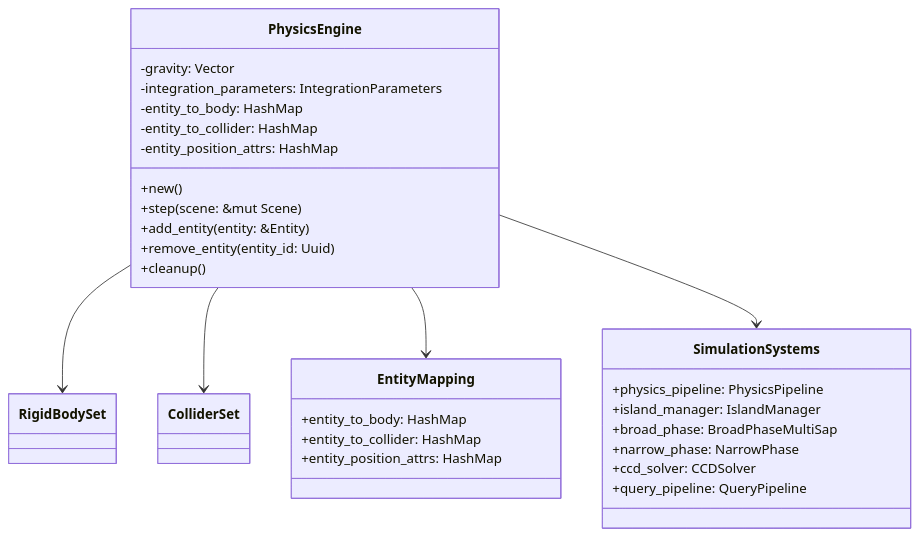
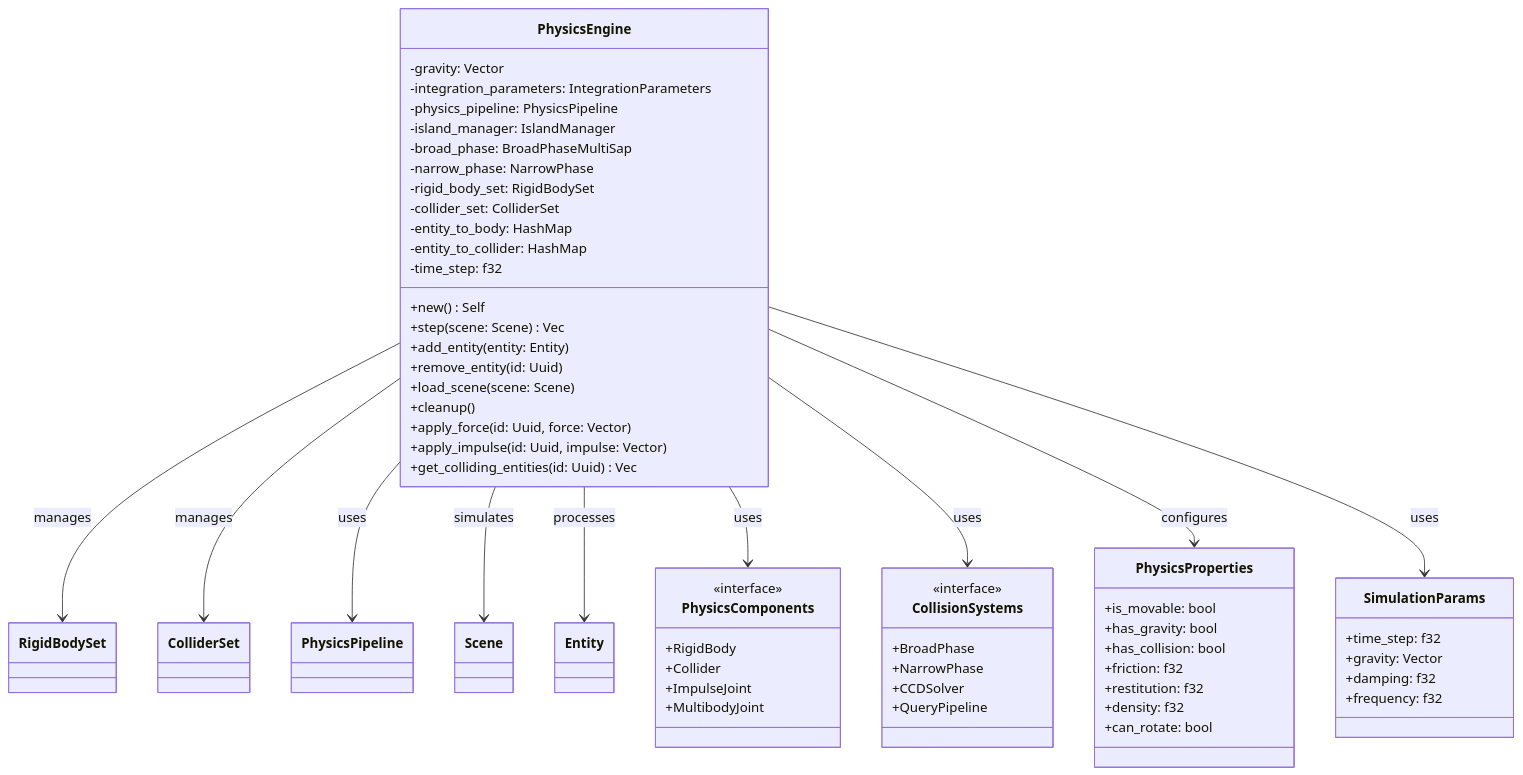
One commit to gh0stintheshe11/Rust-2D-Game-Engine changed the third of 10 diagrams in README.md. Above: the diagram before and after it, drawn with Mermaid. The commit also changed other lines of this file, not shown here.

````diff
--- a/README.md
+++ b/README.md
@@ -244,35 +338,70 @@
 ```mermaid
 classDiagram
-    PhysicsEngine --> RigidBodySet
-    PhysicsEngine --> ColliderSet
-    PhysicsEngine --> EntityMapping
-    PhysicsEngine --> SimulationSystems
+    PhysicsEngine --> RigidBodySet : manages
+    PhysicsEngine --> ColliderSet : manages
+    PhysicsEngine --> PhysicsPipeline : uses
+    PhysicsEngine --> Scene : simulates
+    PhysicsEngine --> Entity : processes
 
     class PhysicsEngine {
         -gravity: Vector<Real>
         -integration_parameters: IntegrationParameters
+        -physics_pipeline: PhysicsPipeline
+        -island_manager: IslandManager
+        -broad_phase: BroadPhaseMultiSap
+        -narrow_phase: NarrowPhase
+        -rigid_body_set: RigidBodySet
+        -collider_set: ColliderSet
         -entity_to_body: HashMap<Uuid, RigidBodyHandle>
         -entity_to_collider: HashMap<Uuid, ColliderHandle>
-        -entity_position_attrs: HashMap<Uuid, Uuid>
-        +new()
-        +step(scene: &mut Scene)
-        +add_entity(entity: &Entity)
-        +remove_entity(entity_id: Uuid)
+        -time_step: f32
+        
+        +new() Self
+        +step(scene: Scene) Vec<Updates>
+        +add_entity(entity: Entity)
+        +remove_entity(id: Uuid)
+        +load_scene(scene: Scene)
         +cleanup()
+        +apply_force(id: Uuid, force: Vector)
+        +apply_impulse(id: Uuid, impulse: Vector)
+        +get_colliding_entities(id: Uuid) Vec<Uuid>
     }
 
-    class SimulationSystems {
-        +physics_pipeline: PhysicsPipeline
-        +island_manager: IslandManager
-        +broad_phase: BroadPhaseMultiSap
-        +narrow_phase: NarrowPhase
-        +ccd_solver: CCDSolver
-        +query_pipeline: QueryPipeline
+    class PhysicsComponents {
+        <<interface>>
+        +RigidBody
+        +Collider
+        +ImpulseJoint
+        +MultibodyJoint
     }
 
-    class EntityMapping {
-        +entity_to_body: HashMap
-        +entity_to_collider: HashMap
-        +entity_position_attrs: HashMap
+    class CollisionSystems {
+        <<interface>>
+        +BroadPhase
+        +NarrowPhase
+        +CCDSolver
+        +QueryPipeline
     }
+
+    class PhysicsProperties {
+        +is_movable: bool
+        +has_gravity: bool
+        +has_collision: bool
+        +friction: f32
+        +restitution: f32
+        +density: f32
+        +can_rotate: bool
+    }
+
+    class SimulationParams {
+        +time_step: f32
+        +gravity: Vector
+        +damping: f32
+        +frequency: f32
+    }
+
+    PhysicsEngine --> PhysicsComponents : uses
+    PhysicsEngine --> CollisionSystems : uses
+    PhysicsEngine --> PhysicsProperties : configures
+    PhysicsEngine --> SimulationParams : uses
 ```
````
